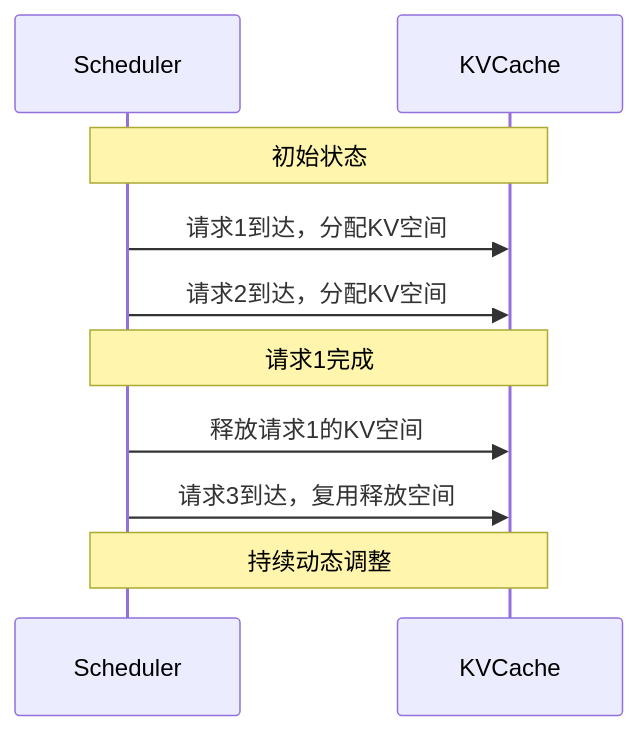
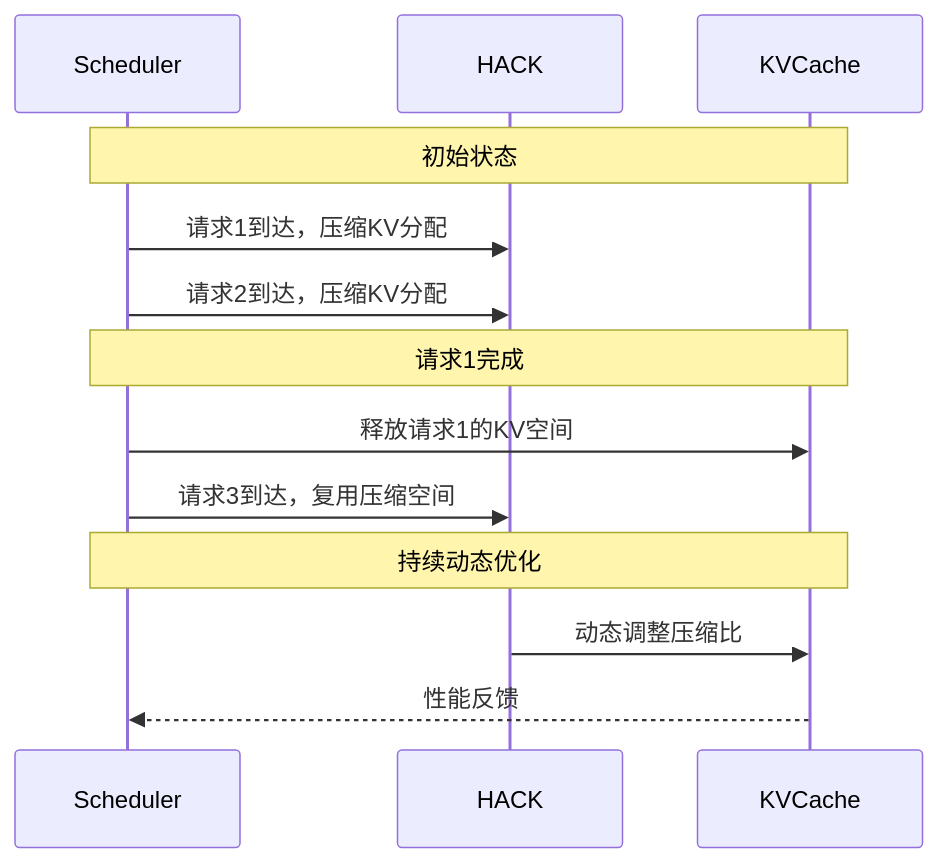
One commit to Xunzhuo/mini-sglang changed the ninth of 13 diagrams in learning/website/docs/basics/15-kv-cache.md. Above: the diagram before and after it, drawn with Mermaid. The commit also changed other lines of this file and 9 other files, not shown here.

````diff
--- a/learning/website/docs/basics/15-kv-cache.md
+++ b/learning/website/docs/basics/15-kv-cache.md
@@ -343,15 +444,18 @@
 ```mermaid
 sequenceDiagram
     participant Scheduler
+    participant HACK
     participant KVCache
     
     Note over Scheduler,KVCache: 初始状态
-    Scheduler->>KVCache: 请求1到达，分配KV空间
-    Scheduler->>KVCache: 请求2到达，分配KV空间
+    Scheduler->>HACK: 请求1到达，压缩KV分配
+    Scheduler->>HACK: 请求2到达，压缩KV分配
     
     Note over Scheduler,KVCache: 请求1完成
     Scheduler->>KVCache: 释放请求1的KV空间
-    Scheduler->>KVCache: 请求3到达，复用释放空间
+    Scheduler->>HACK: 请求3到达，复用压缩空间
     
-    Note over Scheduler,KVCache: 持续动态调整
+    Note over Scheduler,KVCache: 持续动态优化
+    HACK->>KVCache: 动态调整压缩比
+    KVCache-->>Scheduler: 性能反馈
 ```
````
